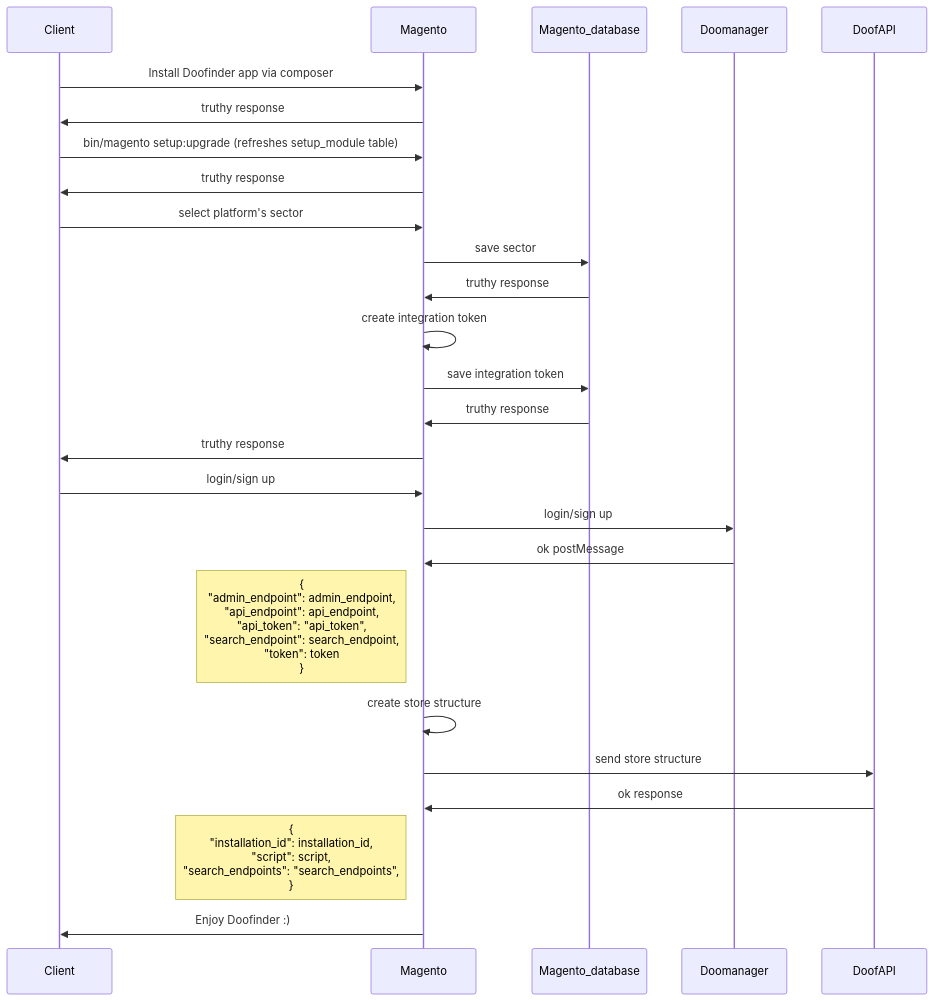
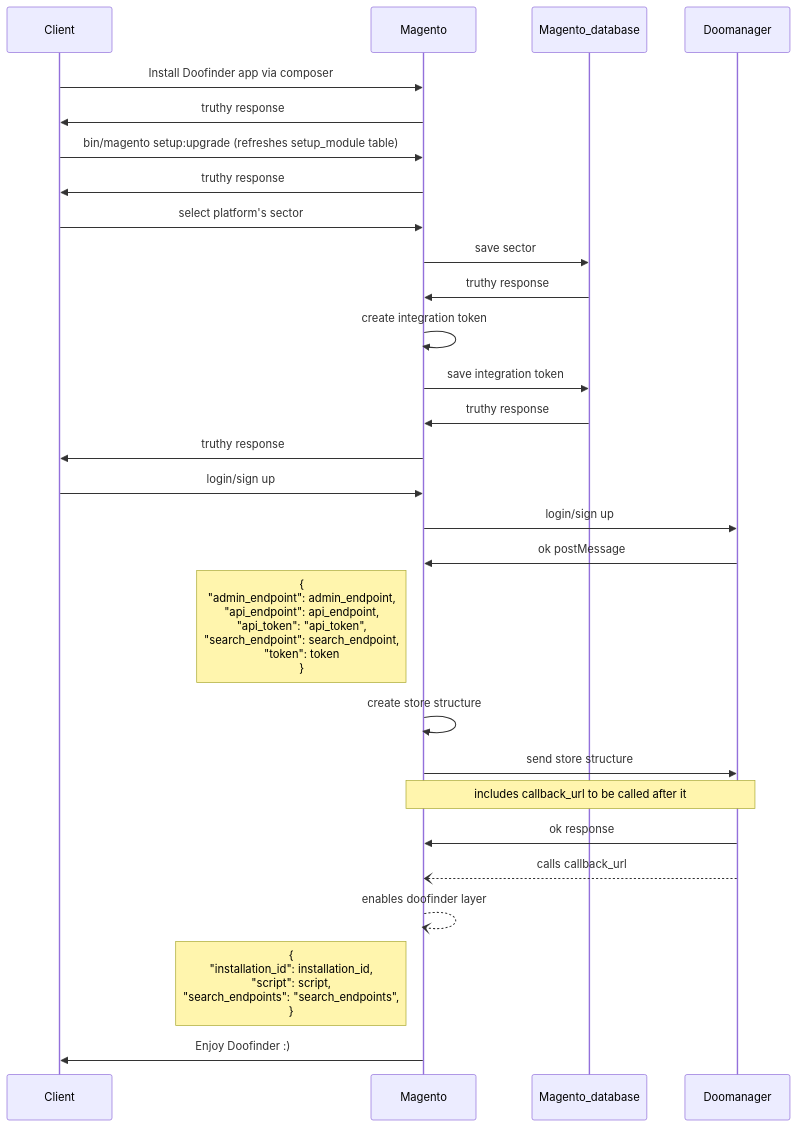
The diagram in magento_architecture.md (doofinder/doofinder-magento2), drawn with Mermaid before and after one commit.

Commit message:
Aitor/change architecture (#258)
* Updated magento's architecture diagram

* Added note

````diff
--- a/magento_architecture.md
+++ b/magento_architecture.md
@@ -14,23 +14,26 @@
 ```mermaid
 sequenceDiagram
   Client ->> Magento: Install Doofinder app via composer
   Magento ->> Client: truthy response
   Client ->> Magento: bin/magento setup:upgrade (refreshes setup_module table)
   Magento ->> Client: truthy response
   Client ->> Magento: select platform's sector
   Magento ->> Magento_database: save sector
   Magento_database ->> Magento: truthy response
   Magento ->> Magento: create integration token
   Magento ->> Magento_database: save integration token
   Magento_database ->> Magento: truthy response
   Magento ->> Client: truthy response
   Client ->> Magento: login/sign up
   Magento ->> Doomanager: login/sign up
   Doomanager ->> Magento: ok postMessage
   Note left of Magento: {<br/>"admin_endpoint": admin_endpoint,<br/>"api_endpoint": api_endpoint,<br/>"api_token": "api_token",<br/>"search_endpoint": search_endpoint,<br/>"token": token<br/>}
   Magento ->> Magento: create store structure
-  Magento ->> DoofAPI: send store structure
-  DoofAPI ->> Magento: ok response
+  Magento ->> Doomanager: send store structure
+  Note over Magento,Doomanager: includes callback_url to be called after it
+  Doomanager ->> Magento: ok response
+  Doomanager --) Magento: calls callback_url
+  Magento --) Magento: enables doofinder layer
   Note left of Magento: {<br/>"installation_id": installation_id,<br/>"script": script,<br/>"search_endpoints": "search_endpoints",<br/>}
   Magento ->> Client: Enjoy Doofinder :)
 ```
````
